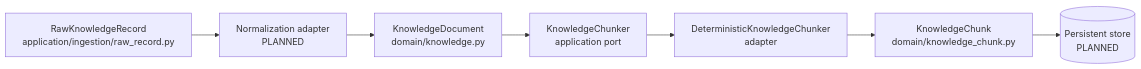
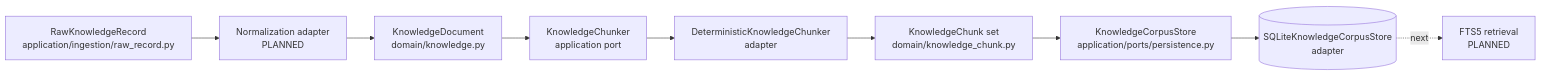
The second of 5 diagrams in docs/architecture/CODEBASE_MAP.md (kumarchandansingh/tropos), drawn with Mermaid before and after one commit. The commit also changed other lines of this file and 11 other files, not shown here.

Commit message:
feat: persist governed knowledge corpus in sqlite

````diff
--- a/docs/architecture/CODEBASE_MAP.md
+++ b/docs/architecture/CODEBASE_MAP.md
@@ -69,10 +77,12 @@
 ```mermaid
 flowchart LR
     Raw[RawKnowledgeRecord<br/>application/ingestion/raw_record.py]
     --> Normalize[Normalization adapter<br/>PLANNED]
     --> Doc[KnowledgeDocument<br/>domain/knowledge.py]
     --> Port[KnowledgeChunker<br/>application port]
     --> Chunker[DeterministicKnowledgeChunker<br/>adapter]
-    --> Chunk[KnowledgeChunk<br/>domain/knowledge_chunk.py]
-    --> Store[(Persistent store<br/>PLANNED)]
+    --> Chunk[KnowledgeChunk set<br/>domain/knowledge_chunk.py]
+    --> StorePort[KnowledgeCorpusStore<br/>application/ports/persistence.py]
+    --> SQLite[(SQLiteKnowledgeCorpusStore<br/>adapter)]
+    SQLite -. next .-> FTS[FTS5 retrieval<br/>PLANNED]
 ```
````
